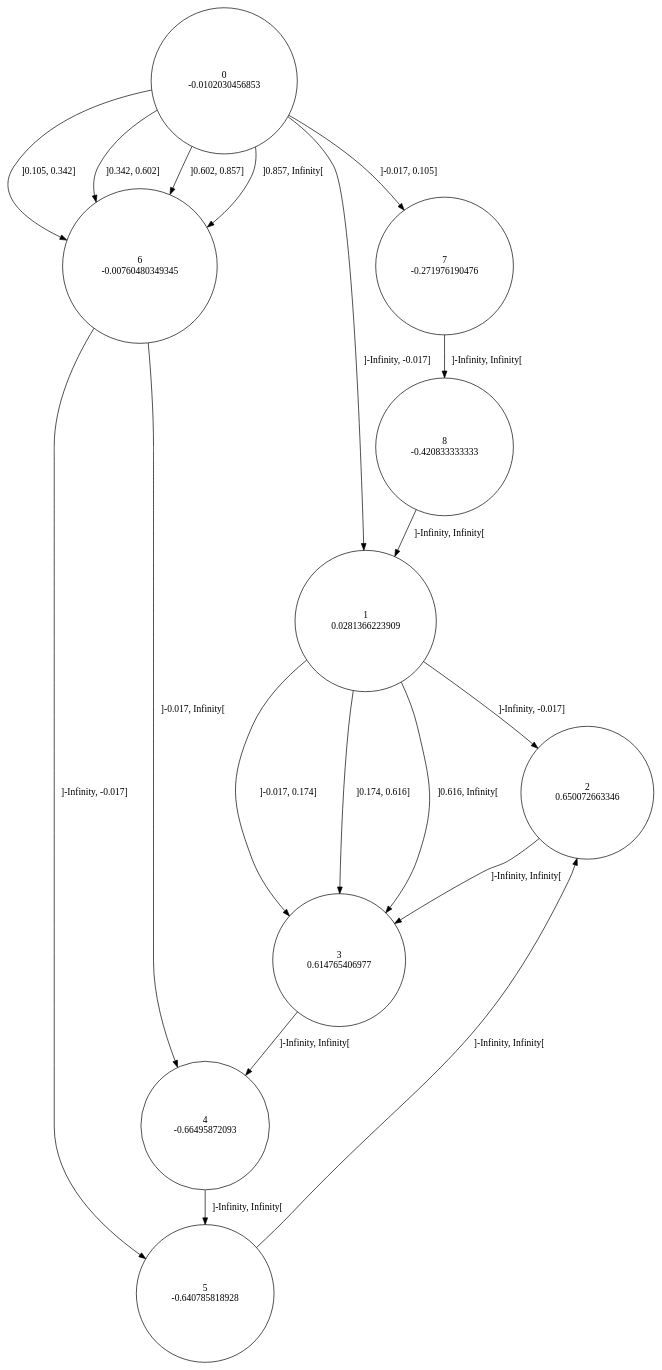
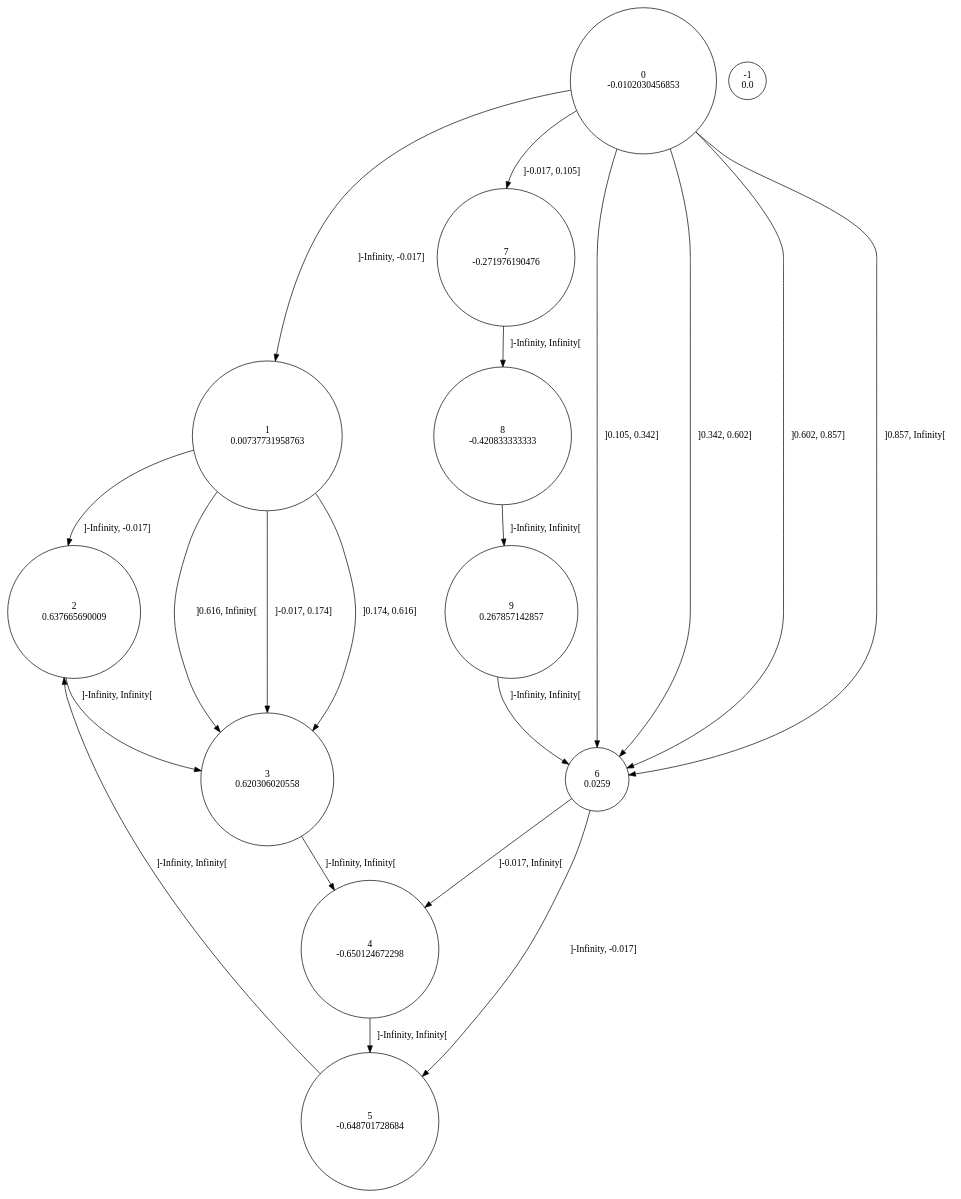
One commit to gllpellegrino/RAI_experiments changed the diagram in sinus/data/0/rtitm.dot. Above: the diagram before and after it, drawn with Graphviz. The commit also changed 168 other files, not shown here.

```diff
--- a/sinus/data/0/rtitm.dot
+++ b/sinus/data/0/rtitm.dot
@@ -1,29 +1,32 @@
 digraph a {
 0 [shape=circle, label="0\n-0.0102030456853"];
 	0 -> 1 [label="]-Infinity, -0.017]"];
 	0 -> 7 [label="]-0.017, 0.105]"];
 	0 -> 6 [label="]0.105, 0.342]"];
 	0 -> 6 [label="]0.342, 0.602]"];
 	0 -> 6 [label="]0.602, 0.857]"];
 	0 -> 6 [label="]0.857, Infinity["];
-1 [shape=circle, label="1\n0.0281366223909"];
+1 [shape=circle, label="1\n0.00737731958763"];
 	1 -> 2 [label="]-Infinity, -0.017]"];
 	1 -> 3 [label="]-0.017, 0.174]"];
 	1 -> 3 [label="]0.174, 0.616]"];
 	1 -> 3 [label="]0.616, Infinity["];
-2 [shape=circle, label="2\n0.650072663346"];
+2 [shape=circle, label="2\n0.637665690009"];
 	2 -> 3 [label="]-Infinity, Infinity["];
-3 [shape=circle, label="3\n0.614765406977"];
+3 [shape=circle, label="3\n0.620306020558"];
 	3 -> 4 [label="]-Infinity, Infinity["];
-4 [shape=circle, label="4\n-0.66495872093"];
+4 [shape=circle, label="4\n-0.650124672298"];
 	4 -> 5 [label="]-Infinity, Infinity["];
-5 [shape=circle, label="5\n-0.640785818928"];
+5 [shape=circle, label="5\n-0.648701728684"];
 	5 -> 2 [label="]-Infinity, Infinity["];
-6 [shape=circle, label="6\n-0.00760480349345"];
+6 [shape=circle, label="6\n0.0259"];
 	6 -> 5 [label="]-Infinity, -0.017]"];
 	6 -> 4 [label="]-0.017, Infinity["];
 7 [shape=circle, label="7\n-0.271976190476"];
 	7 -> 8 [label="]-Infinity, Infinity["];
 8 [shape=circle, label="8\n-0.420833333333"];
-	8 -> 1 [label="]-Infinity, Infinity["];
+	8 -> 9 [label="]-Infinity, Infinity["];
+9 [shape=circle, label="9\n0.267857142857"];
+	9 -> 6 [label="]-Infinity, Infinity["];
+-1 [shape=circle, label="-1\n0.0"];
 }
```
